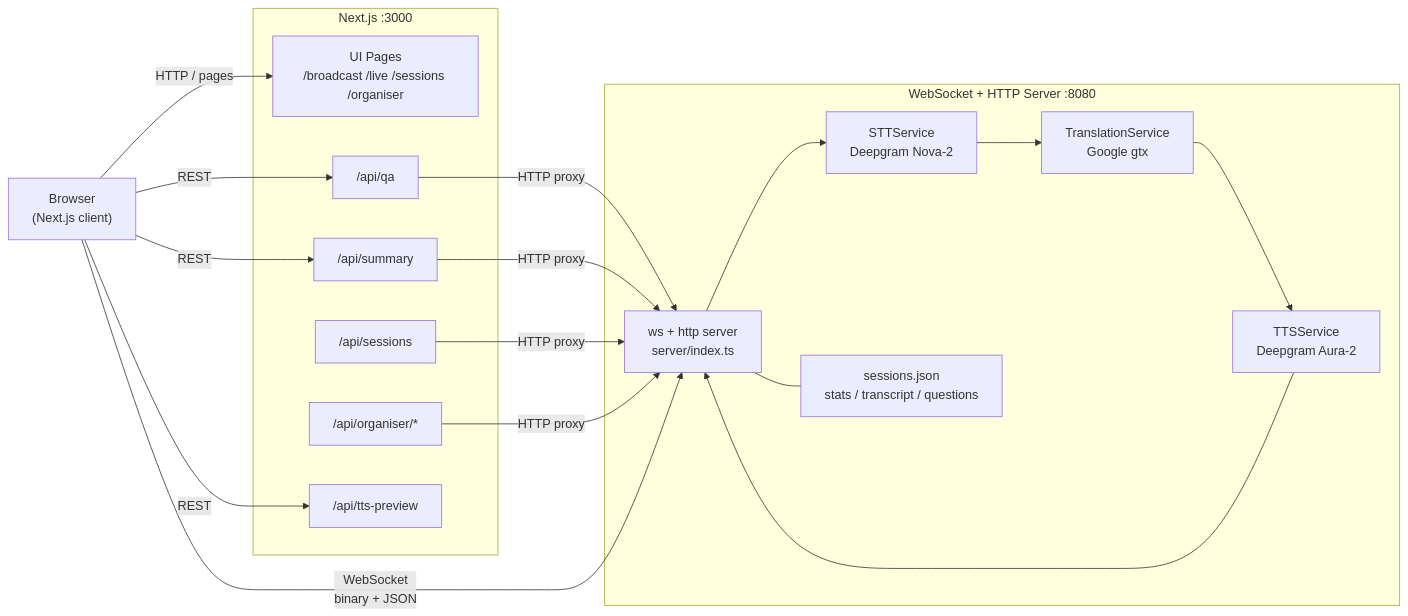
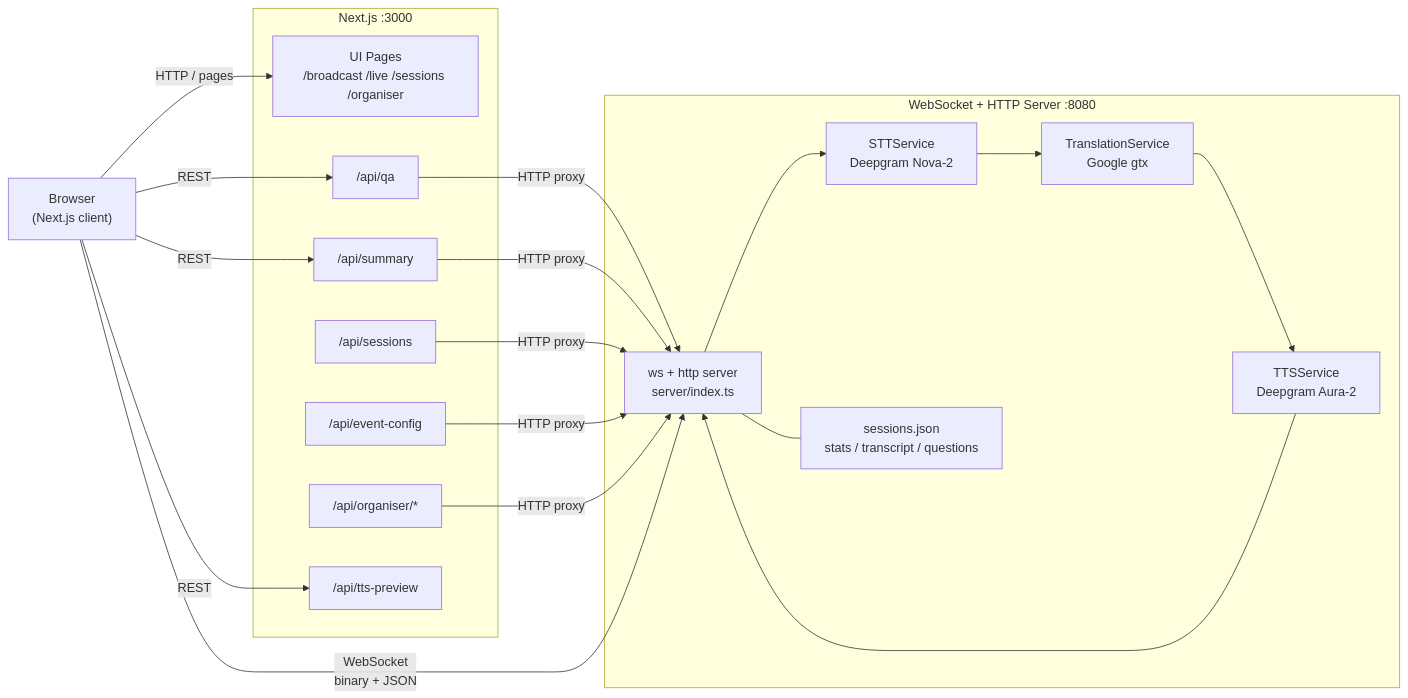
Before and after one commit to crypticsaiyan/Unison: the first of 8 diagrams in ARCHITECTURE.md, drawn with Mermaid. The commit also changed other lines of this file and 2 other files, not shown here.

First line of the commit message:
Docs: update architecture and guidance to current state

````diff
--- a/ARCHITECTURE.md
+++ b/ARCHITECTURE.md
@@ -7,30 +7,31 @@
 ```mermaid
 graph LR
     Browser["Browser\n(Next.js client)"]
 
     subgraph "Next.js :3000"
         UI["UI Pages\n/broadcast /live /sessions /organiser"]
         QA["/api/qa"]
         SUMMARY["/api/summary"]
         SESS["/api/sessions"]
+        EVT["/api/event-config"]
         ORG["/api/organiser/*"]
         TTS_PREV["/api/tts-preview"]
     end
 
     subgraph "WebSocket + HTTP Server :8080"
         WS["ws + http server\nserver/index.ts"]
         STT["STTService\nDeepgram Nova-2"]
         TR["TranslationService\nGoogle gtx"]
         TTS["TTSService\nDeepgram Aura-2"]
         STORE["sessions.json\nstats / transcript / questions"]
     end
 
     Browser -- "HTTP / pages" --> UI
     Browser -- "REST" --> QA
     Browser -- "REST" --> SUMMARY
     Browser -- "REST" --> TTS_PREV
-    QA & SUMMARY & SESS & ORG -- "HTTP proxy" --> WS
+    QA & SUMMARY & SESS & EVT & ORG -- "HTTP proxy" --> WS
     Browser -- "WebSocket\nbinary + JSON" --> WS
     WS --> STT --> TR --> TTS --> WS
     WS --- STORE
 ```
````
